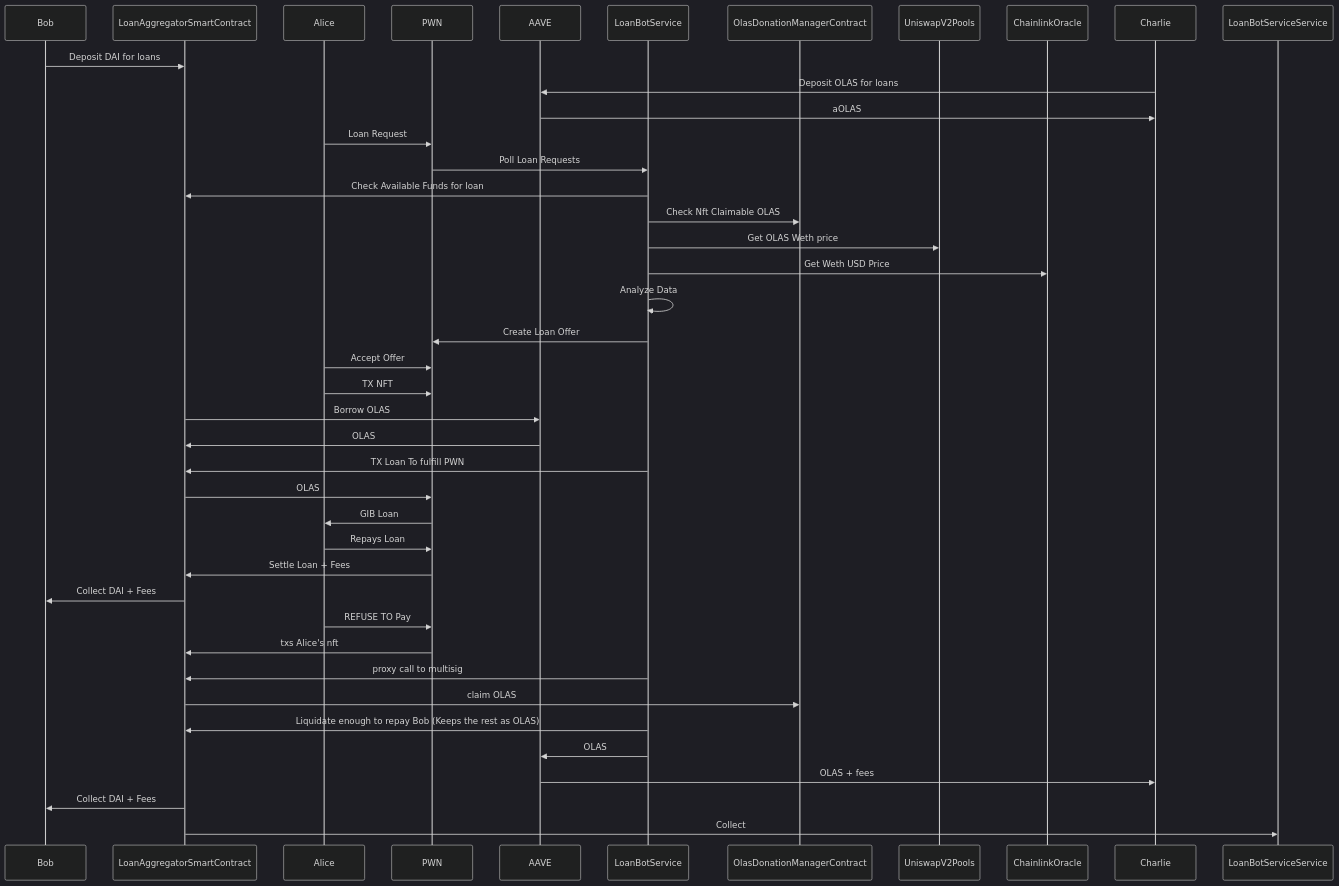
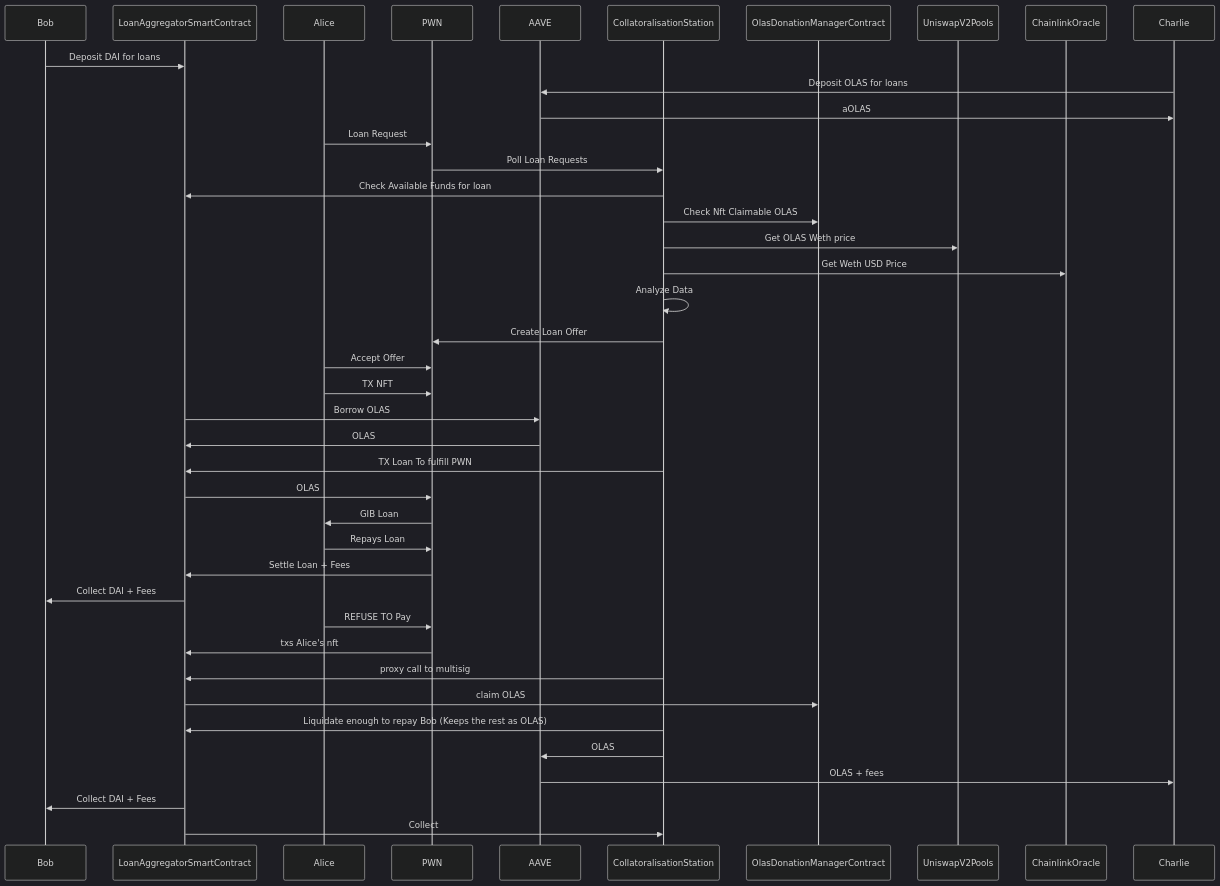
One commit to 8ball030/collateralisation_station changed the diagram in sequence_diagram.mermaid. Above: the diagram before and after it, drawn with Mermaid (dark theme). The commit also changed other lines of this file and 1 other file, not shown here.

Commit message:
fix: naming LoanBot -> CollateralisationStation

```diff
--- a/sequence_diagram.mermaid
+++ b/sequence_diagram.mermaid
@@ -1,42 +1,42 @@
-sequenceDiagram 
+sequenceDiagram
     participant Bob
     participant LoanAggregatorSmartContract
     participant Alice
     participant PWN
     participant AAVE
-    participant LoanBotService
+    participant CollatoralisationStation
     participant OlasDonationManagerContract
     participant UniswapV2Pools
     participant ChainlinkOracle
 
-    Bob ->> LoanAggregatorSmartContract: Deposit DAI for loans 
-    Charlie ->> AAVE: Deposit OLAS for loans 
+    Bob ->> LoanAggregatorSmartContract: Deposit DAI for loans
+    Charlie ->> AAVE: Deposit OLAS for loans
     AAVE ->> Charlie: aOLAS
-    Alice ->> PWN: Loan Request 
-    PWN ->> LoanBotService: Poll Loan Requests 
-    LoanBotService ->> LoanAggregatorSmartContract: Check Available Funds for loan 
-    LoanBotService ->> OlasDonationManagerContract: Check Nft Claimable OLAS 
-    LoanBotService ->> UniswapV2Pools: Get OLAS Weth price 
-    LoanBotService ->> ChainlinkOracle: Get Weth USD Price 
-    LoanBotService ->> LoanBotService: Analyze Data 
-    LoanBotService ->> PWN: Create Loan Offer 
-    Alice ->> PWN: Accept Offer 
-    Alice ->> PWN: TX NFT 
+    Alice ->> PWN: Loan Request
+    PWN ->> CollatoralisationStation: Poll Loan Requests
+    CollatoralisationStation ->> LoanAggregatorSmartContract: Check Available Funds for loan
+    CollatoralisationStation ->> OlasDonationManagerContract: Check Nft Claimable OLAS
+    CollatoralisationStation ->> UniswapV2Pools: Get OLAS Weth price
+    CollatoralisationStation ->> ChainlinkOracle: Get Weth USD Price
+    CollatoralisationStation ->> CollatoralisationStation: Analyze Data
+    CollatoralisationStation ->> PWN: Create Loan Offer
+    Alice ->> PWN: Accept Offer
+    Alice ->> PWN: TX NFT
 
     LoanAggregatorSmartContract ->> AAVE: Borrow OLAS
-    AAVE ->> LoanAggregatorSmartContract: OLAS 
-    LoanBotService ->> LoanAggregatorSmartContract: TX Loan To fulfill PWN 
-    LoanAggregatorSmartContract ->> PWN: OLAS 
-    PWN ->> Alice: GIB Loan 
-    Alice ->> PWN: Repays Loan 
+    AAVE ->> LoanAggregatorSmartContract: OLAS
+    CollatoralisationStation ->> LoanAggregatorSmartContract: TX Loan To fulfill PWN
+    LoanAggregatorSmartContract ->> PWN: OLAS
+    PWN ->> Alice: GIB Loan
+    Alice ->> PWN: Repays Loan
     PWN ->> LoanAggregatorSmartContract: Settle Loan + Fees
-    LoanAggregatorSmartContract ->> Bob: Collect DAI + Fees 
-    Alice ->> PWN: REFUSE TO Pay 
-    PWN ->>LoanAggregatorSmartContract: txs Alice's nft 
-    LoanBotService ->> LoanAggregatorSmartContract: proxy call to multisig
-    LoanAggregatorSmartContract ->> OlasDonationManagerContract: claim OLAS 
-    LoanBotService ->> LoanAggregatorSmartContract: Liquidate enough to repay Bob (Keeps the rest as OLAS) 
-    LoanBotService ->> AAVE: OLAS
+    LoanAggregatorSmartContract ->> Bob: Collect DAI + Fees
+    Alice ->> PWN: REFUSE TO Pay
+    PWN ->>LoanAggregatorSmartContract: txs Alice's nft
+    CollatoralisationStation ->> LoanAggregatorSmartContract: proxy call to multisig
+    LoanAggregatorSmartContract ->> OlasDonationManagerContract: claim OLAS
+    CollatoralisationStation ->> LoanAggregatorSmartContract: Liquidate enough to repay Bob (Keeps the rest as OLAS)
+    CollatoralisationStation ->> AAVE: OLAS
     AAVE ->> Charlie: OLAS + fees
     LoanAggregatorSmartContract ->> Bob: Collect DAI + Fees
-    LoanAggregatorSmartContract ->> LoanBotServiceService: Collect
+    LoanAggregatorSmartContract ->> CollatoralisationStation: Collect
```
